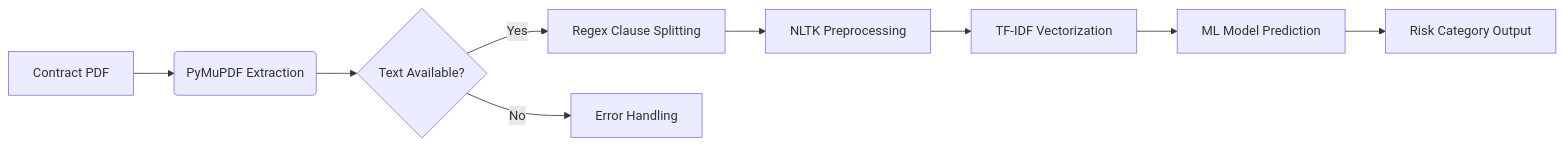
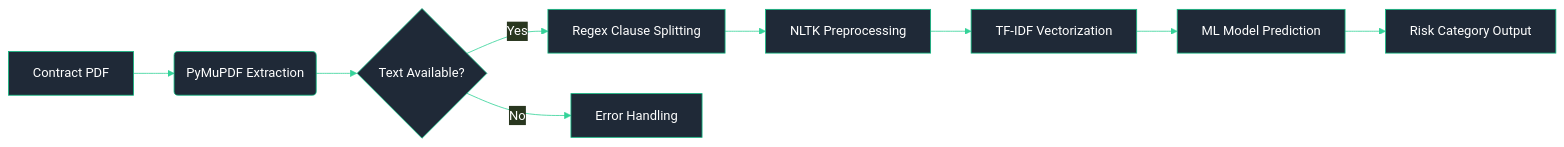
One commit to Gautam-Bharadwaj/AI-ML-PROJECT-26 changed the second of 4 diagrams in WORKFLOW.md. Above: the diagram before and after it, drawn with Mermaid. The commit also changed other lines of this file, not shown here.

Commit message:
style: force white text in mermaid diagrams for better readability

````diff
--- a/WORKFLOW.md
+++ b/WORKFLOW.md
@@ -22,11 +23,12 @@
 ```mermaid
+%%{init: {'theme': 'base', 'themeVariables': { 'primaryColor': '#1f2937', 'primaryTextColor': '#fff', 'primaryBorderColor': '#10b981', 'lineColor': '#34d399'}}}%%
 flowchart LR
     A[Contract PDF] --> B(PyMuPDF Extraction)
     B --> C{Text Available?}
     C -->|Yes| D[Regex Clause Splitting]
     C -->|No| E[Error Handling]
     D --> F[NLTK Preprocessing]
     F --> G[TF-IDF Vectorization]
     G --> H[ML Model Prediction]
     H --> I[Risk Category Output]
 ```
````
